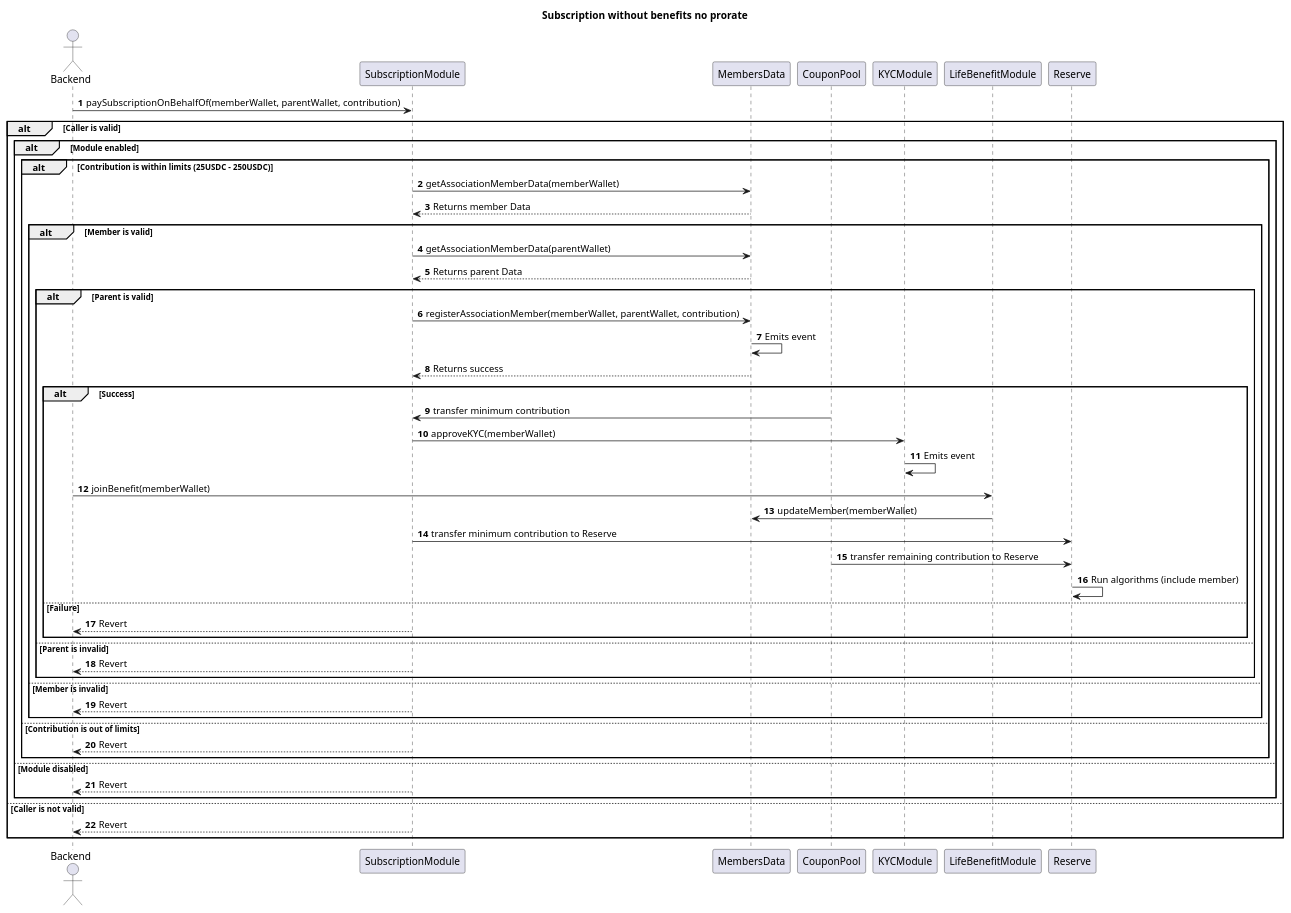
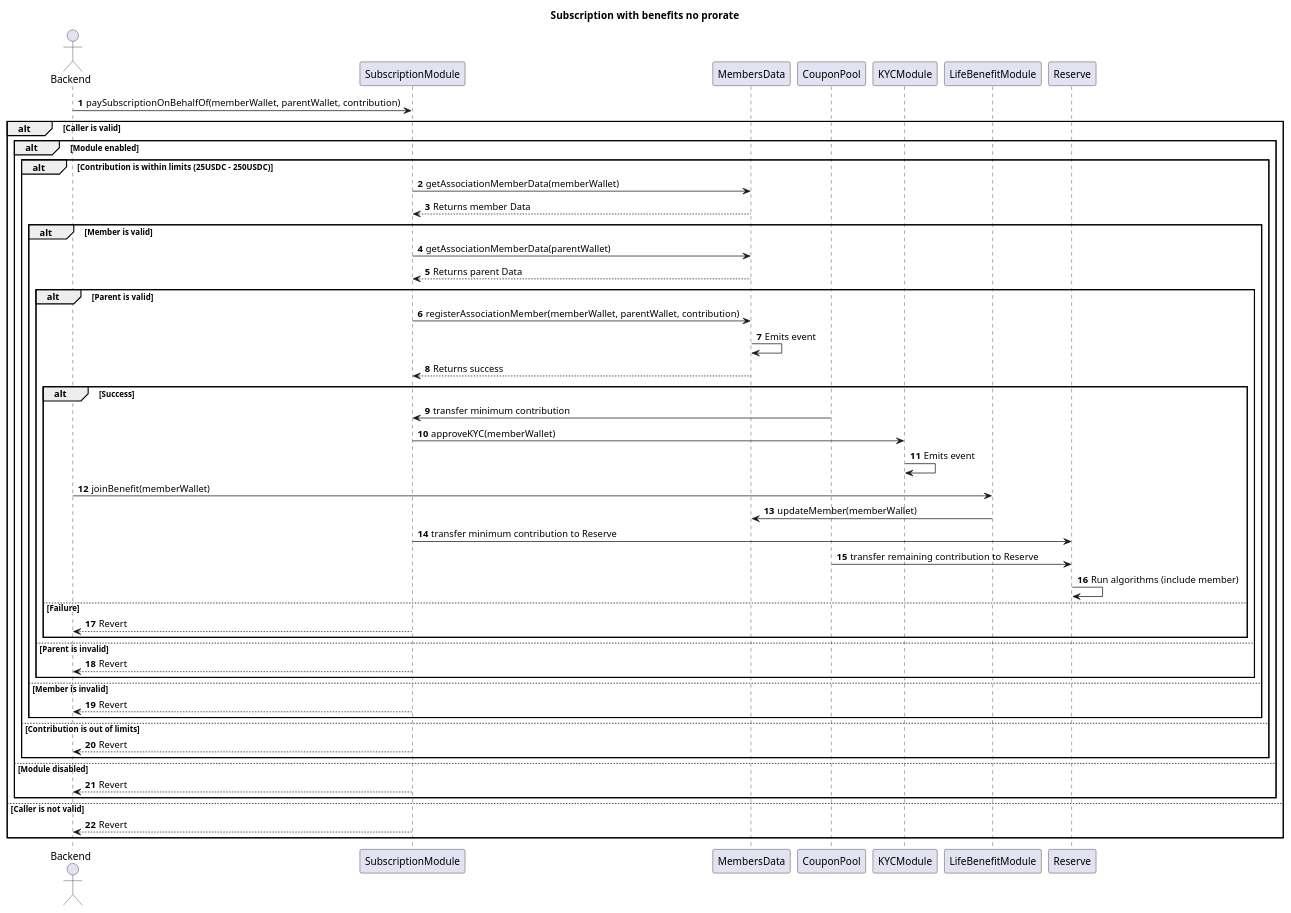
Before and after one commit to TakafulDAO/takasure.sc: the diagram in docs/sequence_diagrams/Subscriptions/subscription-with-benefit-no-prorate.puml, drawn with PlantUML. The commit also changed 2 other files, not shown here.

```diff
--- a/docs/sequence_diagrams/Subscriptions/subscription-with-benefit-no-prorate.puml
+++ b/docs/sequence_diagrams/Subscriptions/subscription-with-benefit-no-prorate.puml
@@ -1,64 +1,64 @@
 @startuml Subscriptions with benefits no prorate
-title Subscription without benefits no prorate
+title Subscription with benefits no prorate
 autonumber
 
 actor Backend
 participant SubscriptionModule
 participant MembersData
 participant CouponPool
 participant KYCModule
 participant LifeBenefitModule
 participant Reserve
 
 Backend -> SubscriptionModule: paySubscriptionOnBehalfOf(memberWallet, parentWallet, contribution)
 
 alt Caller is valid
   alt Module enabled
     alt Contribution is within limits (25USDC - 250USDC)
       SubscriptionModule -> MembersData: getAssociationMemberData(memberWallet)
       MembersData --> SubscriptionModule: Returns member Data
 
       alt Member is valid
         SubscriptionModule -> MembersData: getAssociationMemberData(parentWallet)
         MembersData --> SubscriptionModule: Returns parent Data
 
         alt Parent is valid
           SubscriptionModule -> MembersData: registerAssociationMember(memberWallet, parentWallet, contribution)
           MembersData -> MembersData: Emits event
           MembersData --> SubscriptionModule: Returns success
 
           alt Success
             CouponPool -> SubscriptionModule: transfer minimum contribution
             SubscriptionModule -> KYCModule: approveKYC(memberWallet)
             KYCModule -> KYCModule: Emits event
             Backend -> LifeBenefitModule: joinBenefit(memberWallet)
             LifeBenefitModule -> MembersData: updateMember(memberWallet)
             SubscriptionModule -> Reserve: transfer minimum contribution to Reserve
             CouponPool -> Reserve: transfer remaining contribution to Reserve
             Reserve -> Reserve: Run algorithms (include member)
 
           else Failure
             SubscriptionModule --> Backend: Revert
           end
 
         else Parent is invalid
           SubscriptionModule --> Backend: Revert
         end
 
       else Member is invalid 
         SubscriptionModule --> Backend: Revert
       end
 
     else Contribution is out of limits
       SubscriptionModule --> Backend: Revert
     end
 
   else Module disabled
     SubscriptionModule --> Backend: Revert
   end
 
 else Caller is not valid
   SubscriptionModule --> Backend: Revert
 end
 
 @enduml
```
